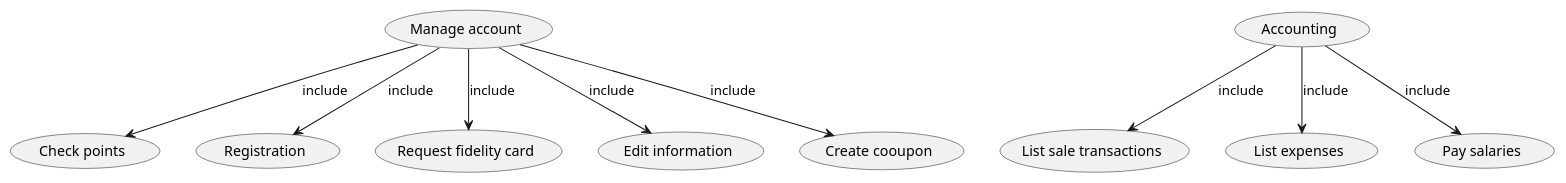
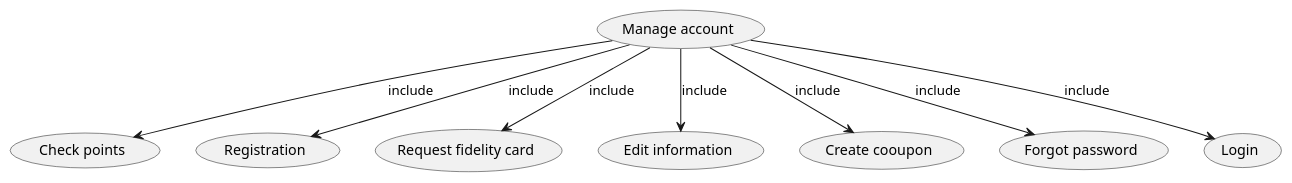
The fourth of 7 diagrams in Deliverables/RequirementsDocument.md (nicolabattaglino/ezshop), drawn with PlantUML before and after one commit. The commit also changed other lines of this file, not shown here.

Commit message:
change use case diagram

````diff
--- a/Deliverables/RequirementsDocument.md
+++ b/Deliverables/RequirementsDocument.md
@@ -252,24 +271,20 @@
 ```plantuml
 @startuml
-
 "Manage account" as (manageAccount)
 "Check points" as (checkPoints)
 "Registration" as (registration)
 "Request fidelity card" as (request)
 "Edit information" as (edit)
 "Create cooupon" as (coupon)
-"Accounting" as (acoounting)
-"List sale transactions" as (listSale)
-"List expenses" as (listExpenses)
-"Pay salaries" as (paySalaries)
+"Forgot password" as (forgotPassword)
+"Login" as (login)
 (manageAccount)-->(checkPoints):include
 (manageAccount)-->(registration):include
 (manageAccount)-->(request):include
 (manageAccount)-->(edit):include
 (manageAccount)-->(coupon):include
-(acoounting)-->(listSale):include
-(acoounting)-->(listExpenses):include
-(acoounting)-->(paySalaries):include
+(manageAccount)-->(forgotPassword):include
+(manageAccount)-->(login):include
 @enduml
 
 ```
````
